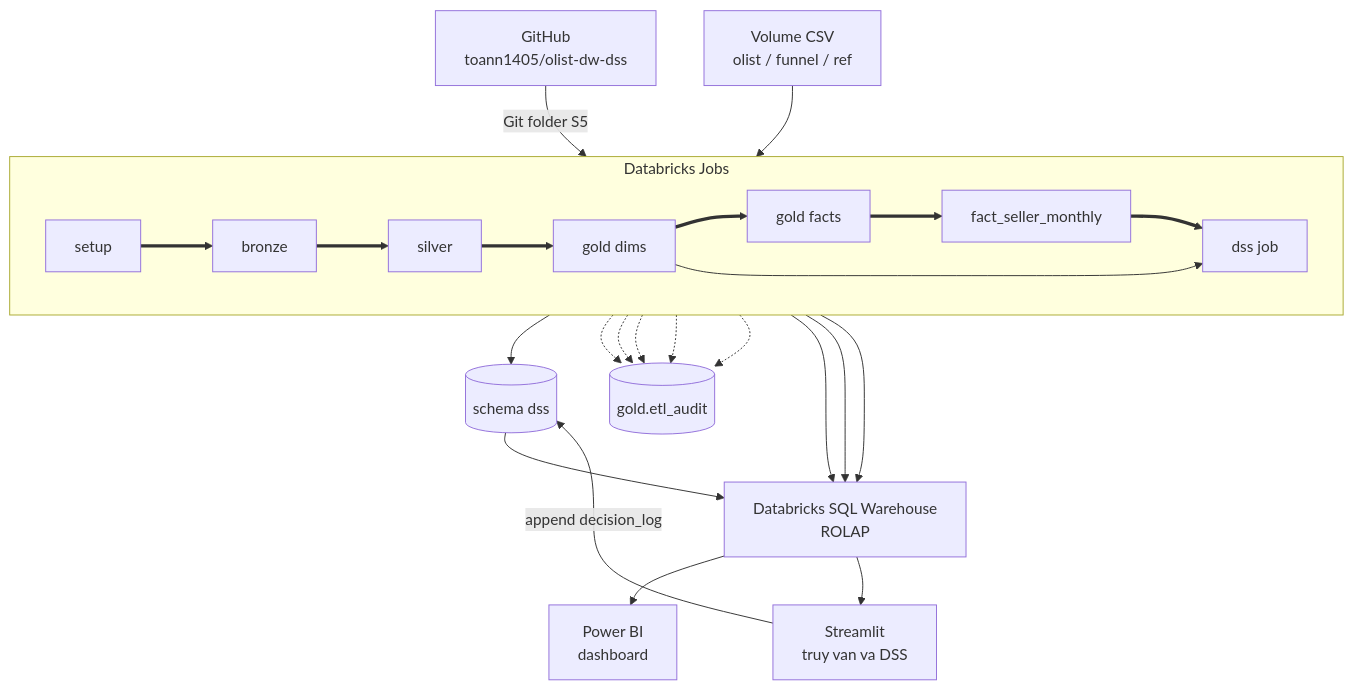
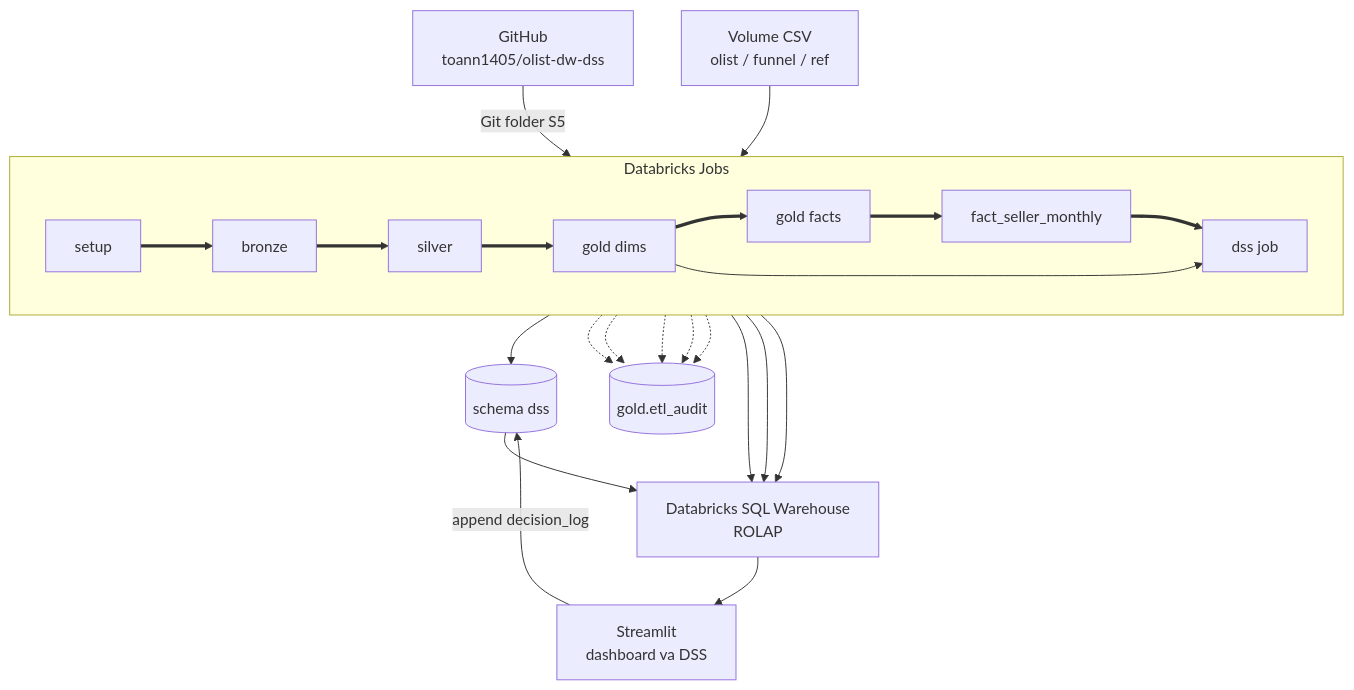
Before and after one commit to toann1405/olist-dw-dss: the diagram in docs/architecture.md, drawn with Mermaid. The commit also changed other lines of this file and 9 other files, not shown here.

````diff
--- a/docs/architecture.md
+++ b/docs/architecture.md
@@ -7,39 +7,37 @@
 ```mermaid
 flowchart TB
   gh["GitHub<br/>toann1405/olist-dw-dss"]
   vol["Volume CSV<br/>olist / funnel / ref"]
   wh["Databricks SQL Warehouse<br/>ROLAP"]
-  pbi["Power BI<br/>dashboard"]
-  st["Streamlit<br/>truy van va DSS"]
+  st["Streamlit<br/>dashboard va DSS"]
   audit[(gold.etl_audit)]
   dss[(schema dss)]
 
   subgraph jobs [Databricks Jobs]
     direction LR
     setup[setup] ==> bronze[bronze]
     bronze ==> silver[silver]
     silver ==> dims[gold dims]
     dims ==> facts[gold facts]
     facts ==> monthly[fact_seller_monthly]
     monthly ==> dssjob[dss job]
   end
 
   gh -->|Git folder S5| setup
   vol --> bronze
   dims --> dssjob
   dssjob --> dss
 
   bronze -.-> audit
   silver -.-> audit
   dims -.-> audit
   facts -.-> audit
   monthly -.-> audit
 
   facts --> wh
   monthly --> wh
   dims --> wh
   dss --> wh
-  wh --> pbi
   wh --> st
   st -->|append decision_log| dss
 ```
````
